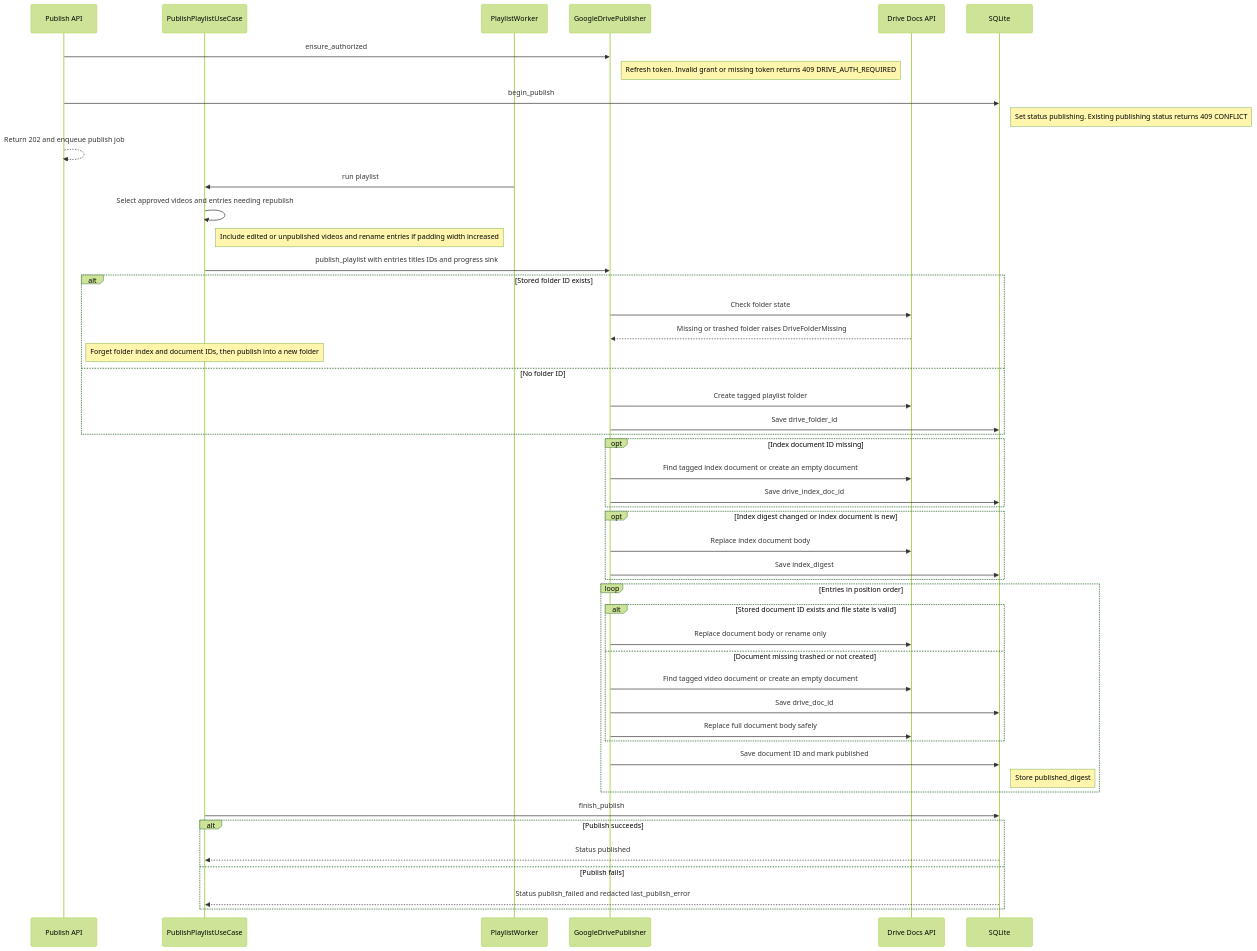
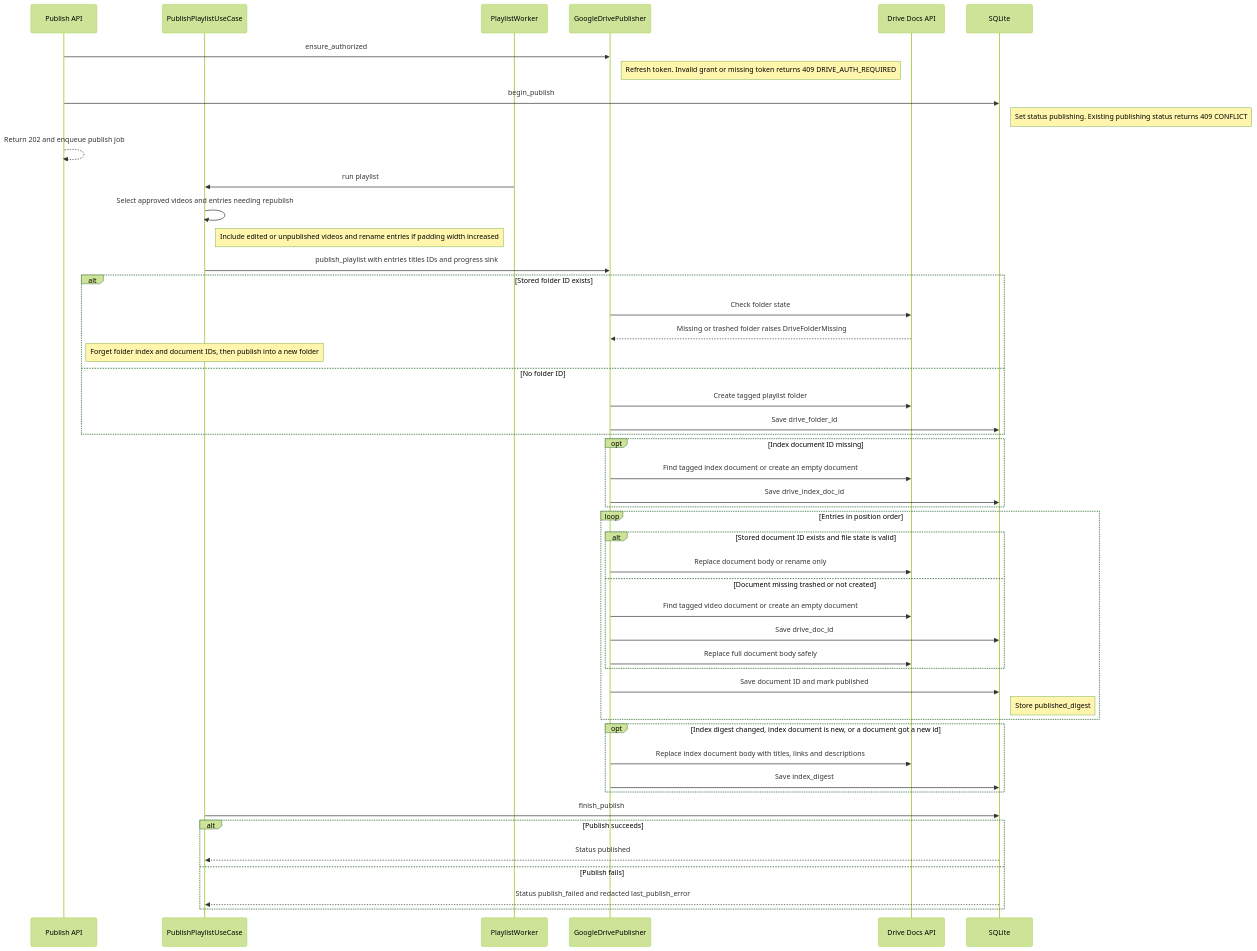
The sixth of 6 diagrams in docs/ARCHITECTURE.md (vikas794/atlas), drawn with Mermaid (forest theme) before and after one commit. The commit also changed other lines of this file and 40 other files, not shown here.

````diff
--- a/docs/ARCHITECTURE.md
+++ b/docs/ARCHITECTURE.md
@@ -388,58 +395,58 @@
 ```mermaid
 sequenceDiagram
   participant API as Publish API
   participant UC as PublishPlaylistUseCase
   participant W as PlaylistWorker
   participant P as GoogleDrivePublisher
   participant G as Drive Docs API
   participant DB as SQLite
 
   API->>P: ensure_authorized
   Note right of P: Refresh token. Invalid grant or missing token returns 409 DRIVE_AUTH_REQUIRED
   API->>DB: begin_publish
   Note right of DB: Set status publishing. Existing publishing status returns 409 CONFLICT
   API-->>API: Return 202 and enqueue publish job
 
   W->>UC: run playlist
   UC->>UC: Select approved videos and entries needing republish
   Note right of UC: Include edited or unpublished videos and rename entries if padding width increased
   UC->>P: publish_playlist with entries titles IDs and progress sink
 
   alt Stored folder ID exists
     P->>G: Check folder state
     G-->>P: Missing or trashed folder raises DriveFolderMissing
     Note over UC: Forget folder index and document IDs, then publish into a new folder
   else No folder ID
     P->>G: Create tagged playlist folder
     P->>DB: Save drive_folder_id
   end
 
   opt Index document ID missing
     P->>G: Find tagged index document or create an empty document
     P->>DB: Save drive_index_doc_id
   end
 
-  opt Index digest changed or index document is new
-    P->>G: Replace index document body
-    P->>DB: Save index_digest
-  end
-
   loop Entries in position order
     alt Stored document ID exists and file state is valid
       P->>G: Replace document body or rename only
     else Document missing trashed or not created
       P->>G: Find tagged video document or create an empty document
       P->>DB: Save drive_doc_id
       P->>G: Replace full document body safely
     end
     P->>DB: Save document ID and mark published
     Note right of DB: Store published_digest
   end
 
+  opt Index digest changed, index document is new, or a document got a new id
+    P->>G: Replace index document body with titles, links and descriptions
+    P->>DB: Save index_digest
+  end
+
   UC->>DB: finish_publish
   alt Publish succeeds
     DB-->>UC: Status published
   else Publish fails
     DB-->>UC: Status publish_failed and redacted last_publish_error
   end
 ```
````
